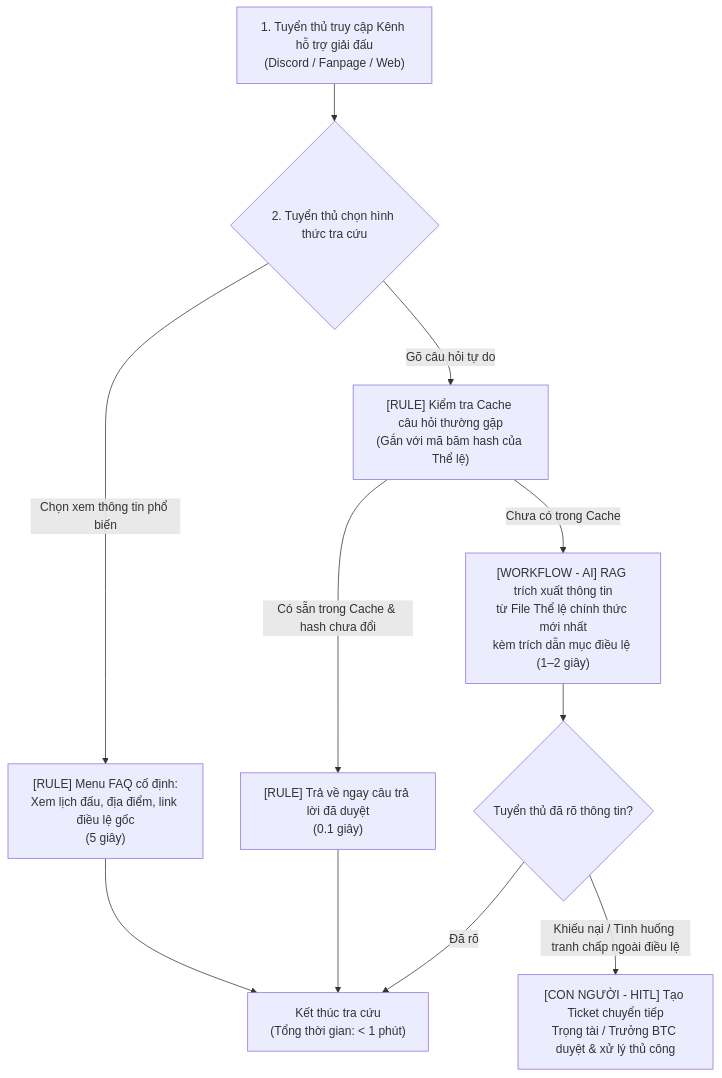
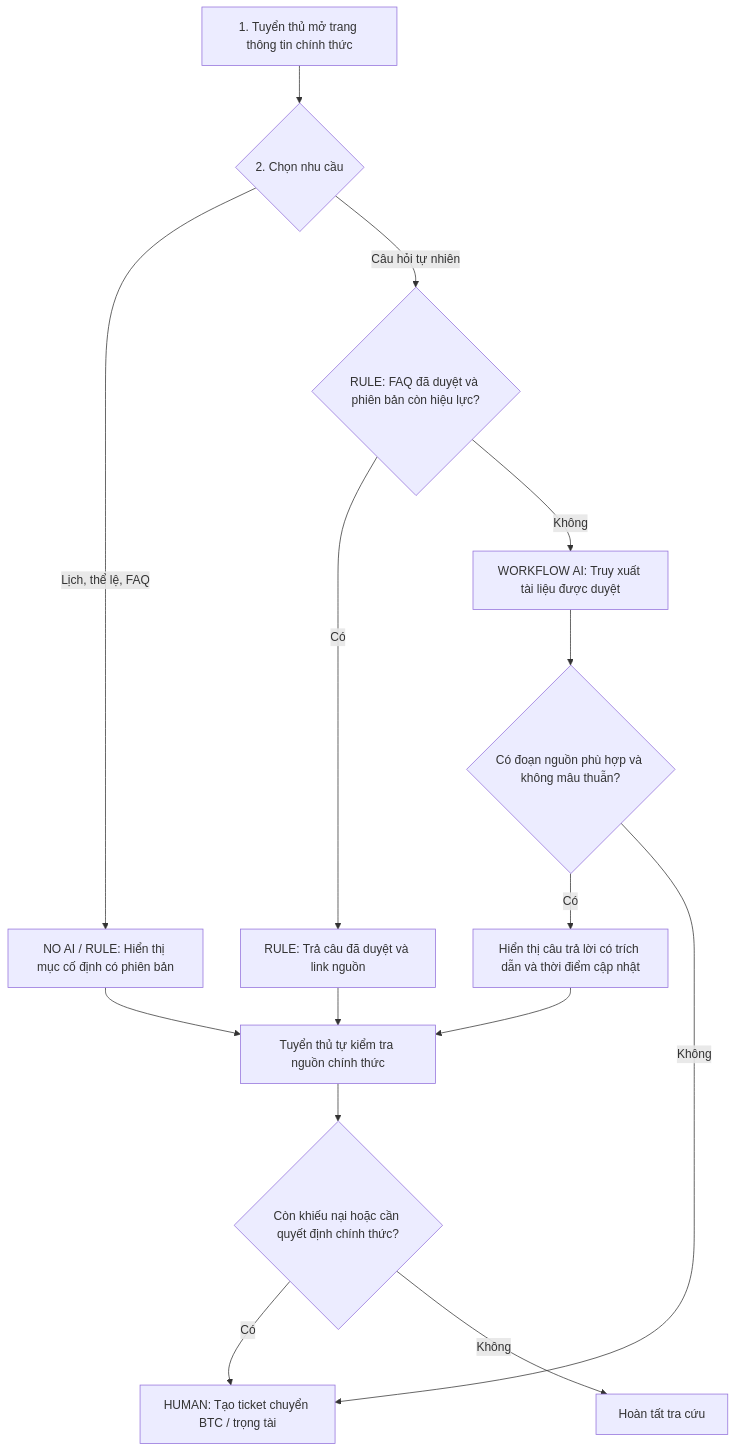
The second of 2 diagrams in report/team/group_report.md (bato-bato/K5-L3A-DAY02-NhomNhomNhom-DiscoveryProblemFraming), drawn with Mermaid before and after one commit. The commit also changed other lines of this file, not shown here.

````diff
--- a/report/team/group_report.md
+++ b/report/team/group_report.md
@@ -206,20 +158,17 @@
 ```mermaid
 flowchart TD
-  A["1. Tuyển thủ truy cập Kênh hỗ trợ giải đấu<br>(Discord / Fanpage / Web)"] --> B{"2. Tuyển thủ chọn hình thức tra cứu"}
-  
-  B -->|"Chọn xem thông tin phổ biến"| C["[RULE] Menu FAQ cố định:<br>Xem lịch đấu, địa điểm, link điều lệ gốc<br>(5 giây)"]
-  
-  B -->|"Gõ câu hỏi tự do"| D["[RULE] Kiểm tra Cache câu hỏi thường gặp<br>(Gắn với mã băm hash của Thể lệ)"]
-  
-  D -->|"Có sẵn trong Cache & hash chưa đổi"| E["[RULE] Trả về ngay câu trả lời đã duyệt<br>(0.1 giây)"]
-  
-  D -->|"Chưa có trong Cache"| F["[WORKFLOW - AI] RAG trích xuất thông tin<br>từ File Thể lệ chính thức mới nhất<br>kèm trích dẫn mục điều lệ (1–2 giây)"]
-  
-  F --> G{"Tuyển thủ đã rõ thông tin?"}
-  G -->|"Đã rõ"| H["Kết thúc tra cứu<br>(Tổng thời gian: < 1 phút)"]
-  
-  G -->|"Khiếu nại / Tình huống tranh chấp ngoài điều lệ"| I["[CON NGƯỜI - HITL] Tạo Ticket chuyển tiếp<br>Trọng tài / Trưởng BTC duyệt & xử lý thủ công"]
-  
-  C --> H
-  E --> H
+    A[1. Tuyển thủ mở trang thông tin chính thức] --> B{2. Chọn nhu cầu}
+    B -- Lịch, thể lệ, FAQ --> C[NO AI / RULE: Hiển thị mục cố định có phiên bản]
+    B -- Câu hỏi tự nhiên --> D{RULE: FAQ đã duyệt và phiên bản còn hiệu lực?}
+    D -- Có --> E[RULE: Trả câu đã duyệt và link nguồn]
+    D -- Không --> F[WORKFLOW AI: Truy xuất tài liệu được duyệt]
+    F --> G{Có đoạn nguồn phù hợp và không mâu thuẫn?}
+    G -- Có --> H[Hiển thị câu trả lời có trích dẫn và thời điểm cập nhật]
+    G -- Không --> I[HUMAN: Tạo ticket chuyển BTC / trọng tài]
+    C --> J[Tuyển thủ tự kiểm tra nguồn chính thức]
+    E --> J
+    H --> J
+    J --> K{Còn khiếu nại hoặc cần quyết định chính thức?}
+    K -- Có --> I
+    K -- Không --> L[Hoàn tất tra cứu]
 ```
````
